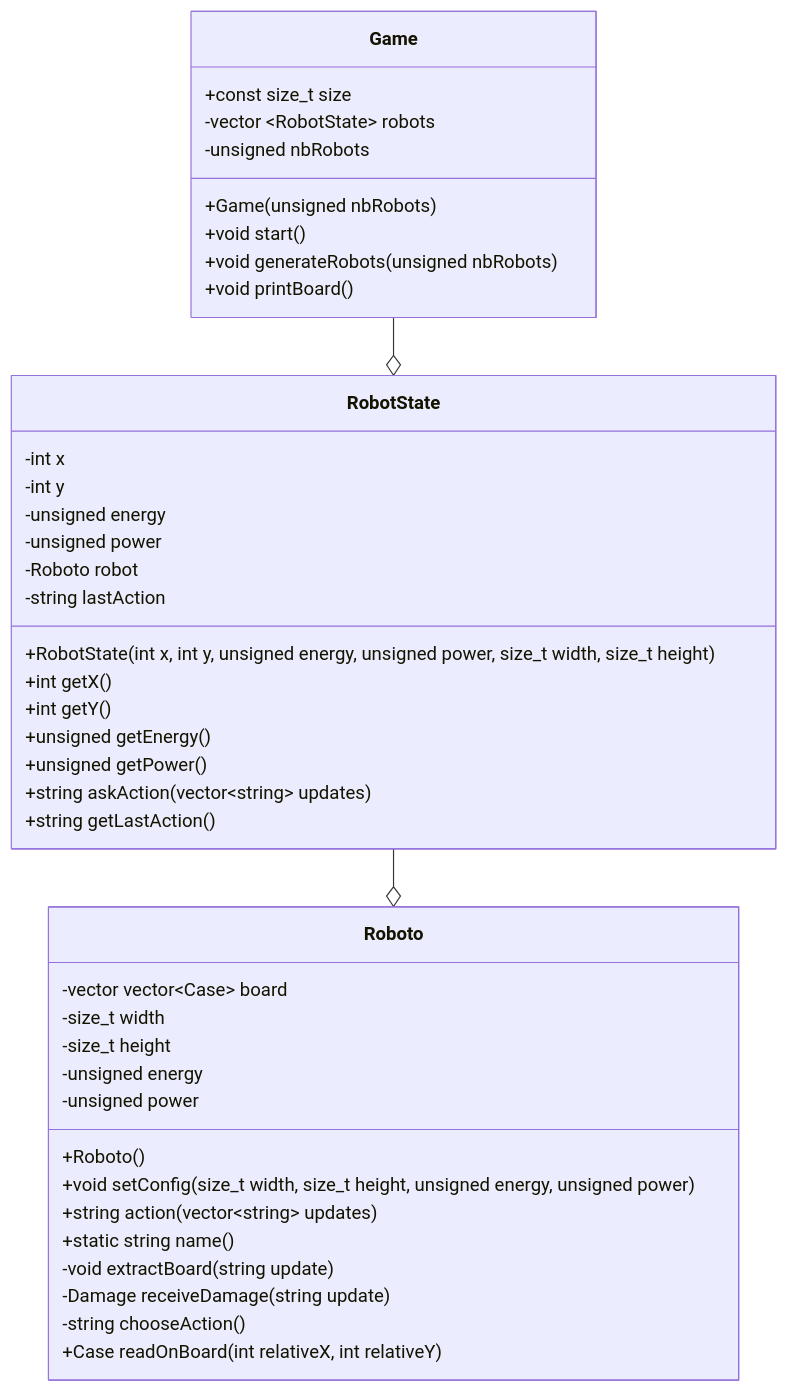
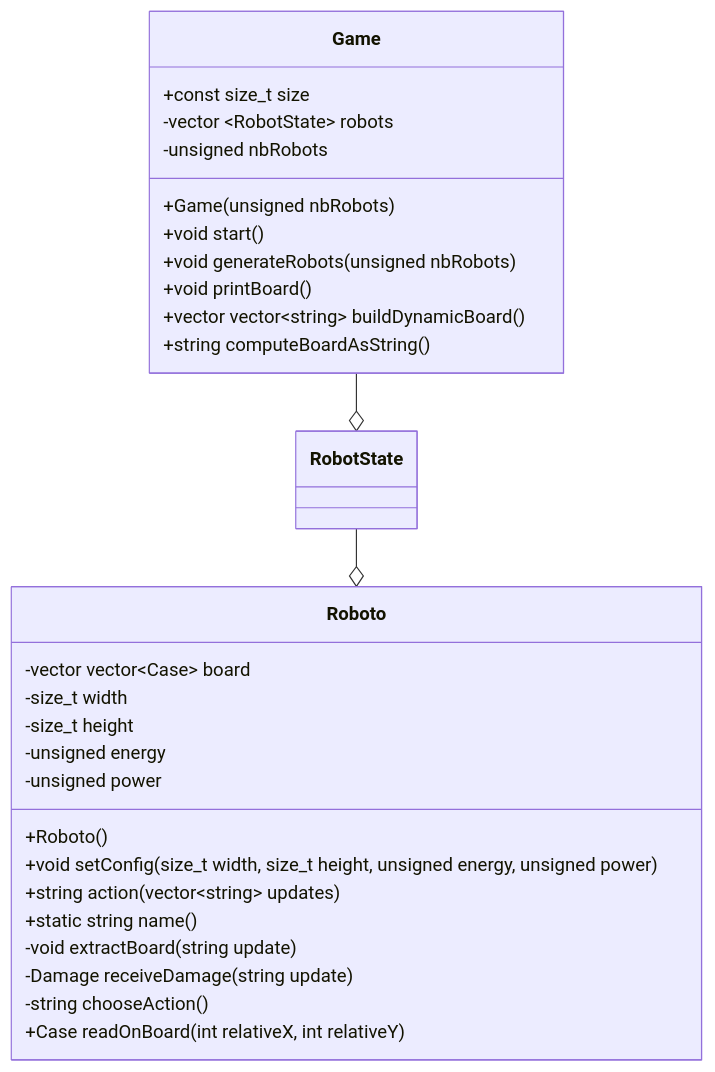
Before and after one commit to HEIGVD-PRG1-F-2022/lab06-lastrobotstanding-roboto: the diagram in README.md, drawn with Mermaid.

Commit message:
Update README with RobotState removed and 2 more methods

````diff
--- a/README.md
+++ b/README.md
@@ -5,46 +5,32 @@
 ```mermaid
 classDiagram
 	direction TB
 	RobotState --o Roboto
 	Game --o RobotState
 	class Roboto {
 		-vector vector~Case~ board
 		-size_t width
 		-size_t height
 		-unsigned energy
 		-unsigned power
 		+Roboto()
 		+void setConfig(size_t width, size_t height, unsigned energy, unsigned power)
 		+string action(vector~string~ updates)
 		+static string name()
 		-void extractBoard(string update)
 		-Damage receiveDamage(string update)
 		-string chooseAction()
 		+Case readOnBoard(int relativeX, int relativeY)
 	}
-	class RobotState {
-		-int x
-		-int y
-		-unsigned energy
-		-unsigned power
-		-Roboto robot
-		-string lastAction
-		+RobotState(int x, int y, unsigned energy, unsigned power, size_t width, size_t height)
-		+int getX()
-		+int getY()
-		+unsigned getEnergy()
-		+unsigned getPower()
-		+string askAction(vector~string~ updates)
-		+string getLastAction()
-	}
 	class Game {
 		+const size_t size
 		-vector ~RobotState~ robots
 		-unsigned nbRobots
 		+Game(unsigned nbRobots)
 		+void start()
 		+void generateRobots(unsigned nbRobots)
 		+void printBoard()
+		+vector vector~string~ buildDynamicBoard()
+		+string computeBoardAsString()
 	}
-
 ```
````
